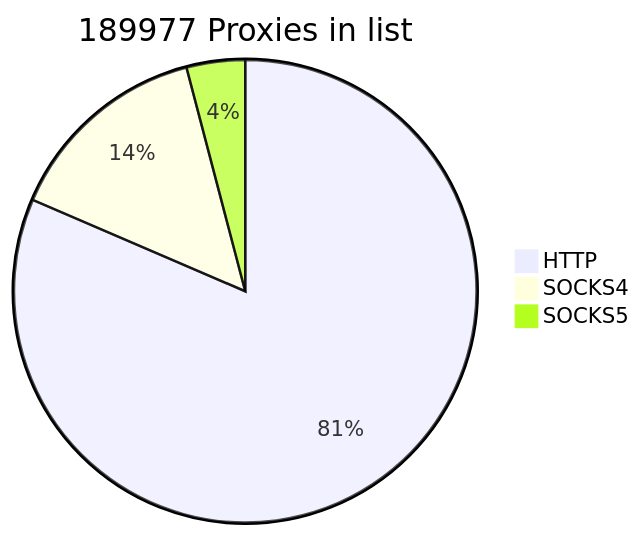
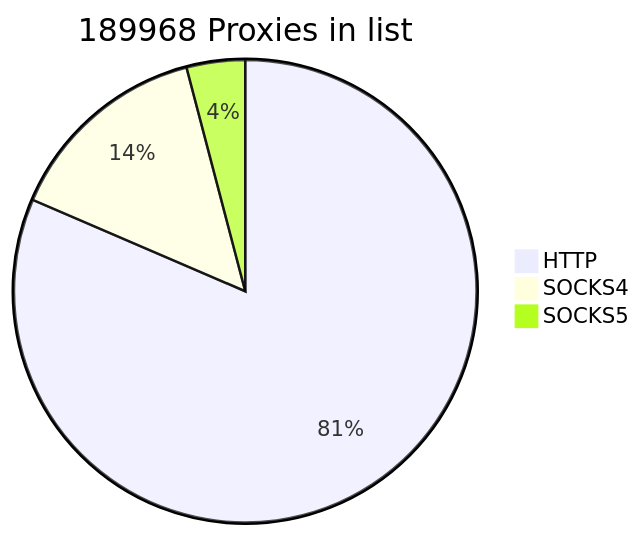
The first of 2 diagrams in README.md (cutipu/proxylist), drawn with Mermaid before and after one commit. The commit also changed other lines of this file, not shown here.

````diff
--- a/README.md
+++ b/README.md
@@ -2,7 +2,7 @@
 ```mermaid
-pie title 189977 Proxies in list
-    "HTTP" : 154758
-    "SOCKS4" : 27456
-    "SOCKS5" : 7763
+pie title 189968 Proxies in list
+    "HTTP" : 154753
+    "SOCKS4" : 27454
+    "SOCKS5" : 7761
             
 ```
````
